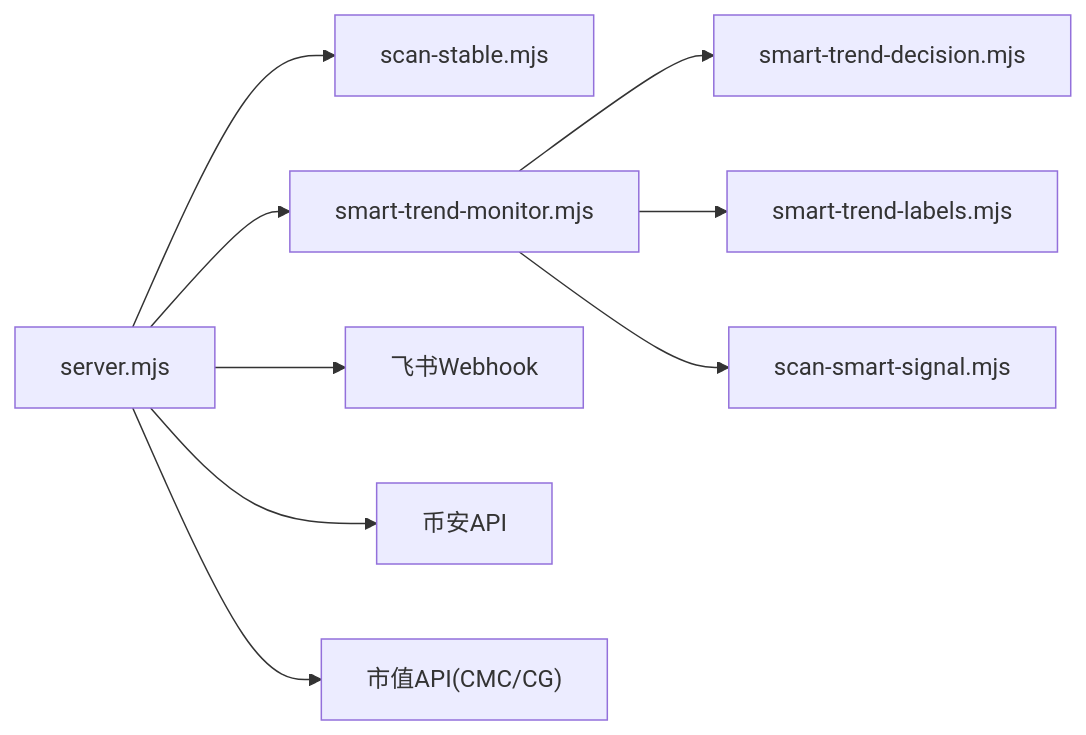
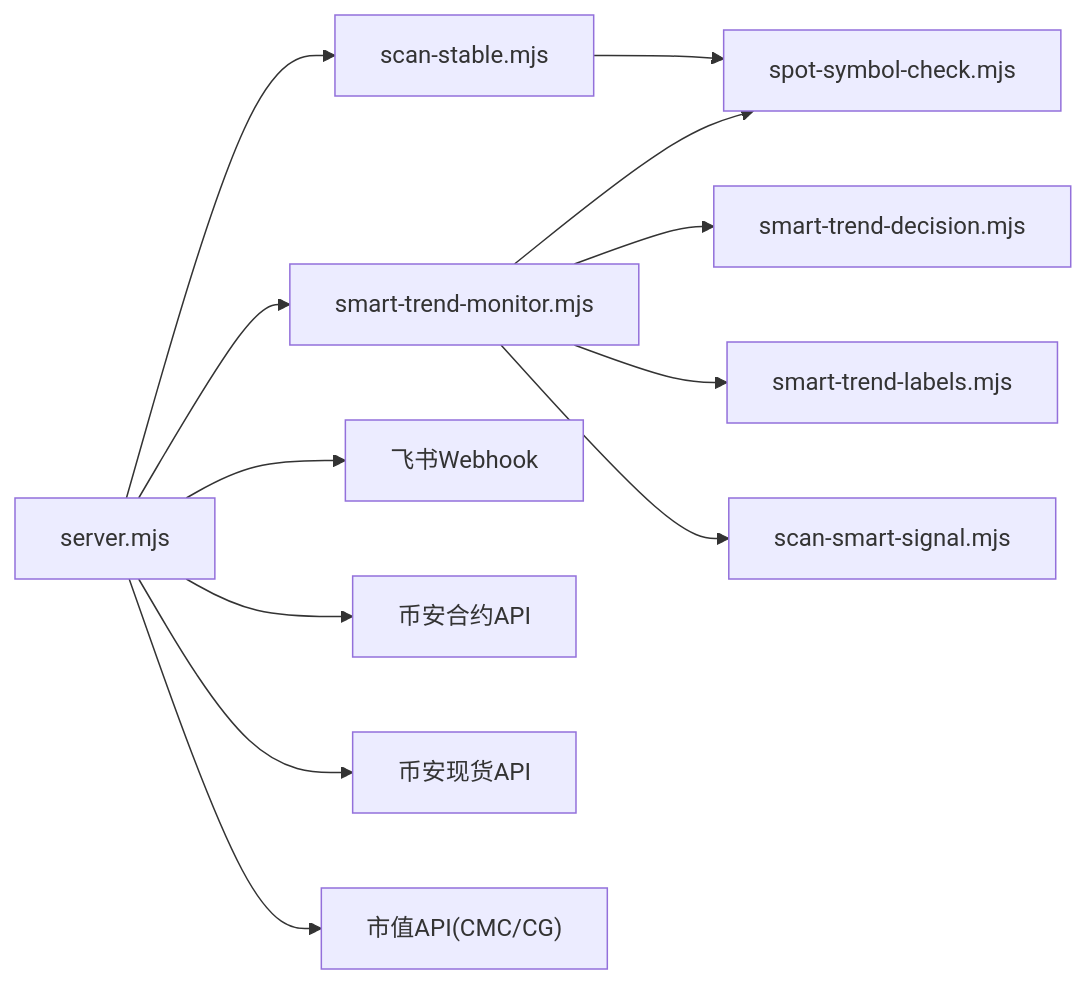
The eighth of 8 diagrams in .qoder/repowiki/zh/content/核心功能模块/稳趋势扫描策略.md (kekexilinan/BinaceSmart), drawn with Mermaid before and after one commit. The commit also changed other lines of this file and 63 other files, not shown here.

````diff
--- a/.qoder/repowiki/zh/content/核心功能模块/稳趋势扫描策略.md
+++ b/.qoder/repowiki/zh/content/核心功能模块/稳趋势扫描策略.md
@@ -305,11 +366,14 @@
 ```mermaid
 graph LR
 Server["server.mjs"] --> Stable["scan-stable.mjs"]
 Server --> Monitor["smart-trend-monitor.mjs"]
 Monitor --> Decision["smart-trend-decision.mjs"]
 Monitor --> Labels["smart-trend-labels.mjs"]
 Monitor --> SmartSignal["scan-smart-signal.mjs"]
+Stable --> SpotCheck["spot-symbol-check.mjs"]
+Monitor --> SpotCheck
 Server --> Feishu["飞书Webhook"]
-Server --> Binance["币安API"]
+Server --> Binance["币安合约API"]
+Server --> BinanceSpot["币安现货API"]
 Server --> MarketCap["市值API(CMC/CG)"]
 ```
````
